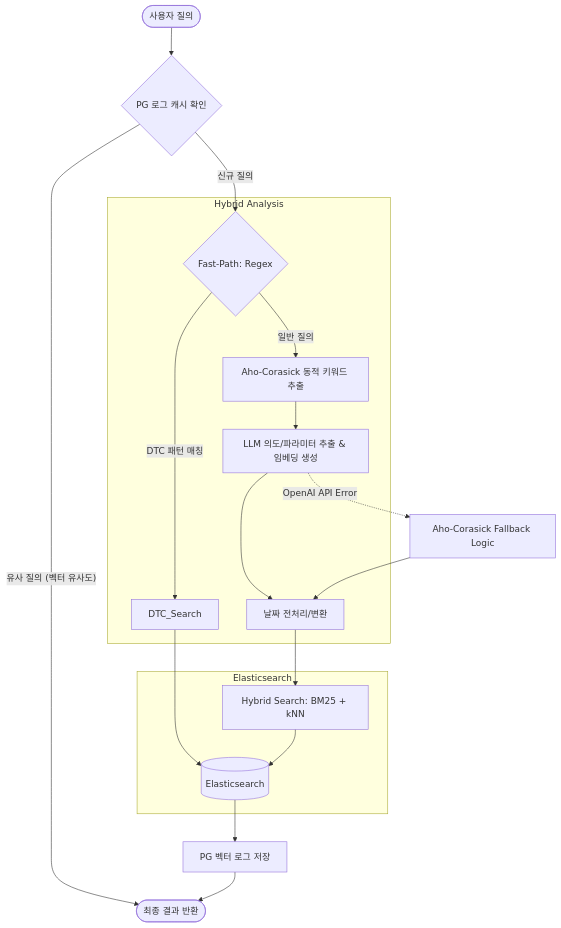
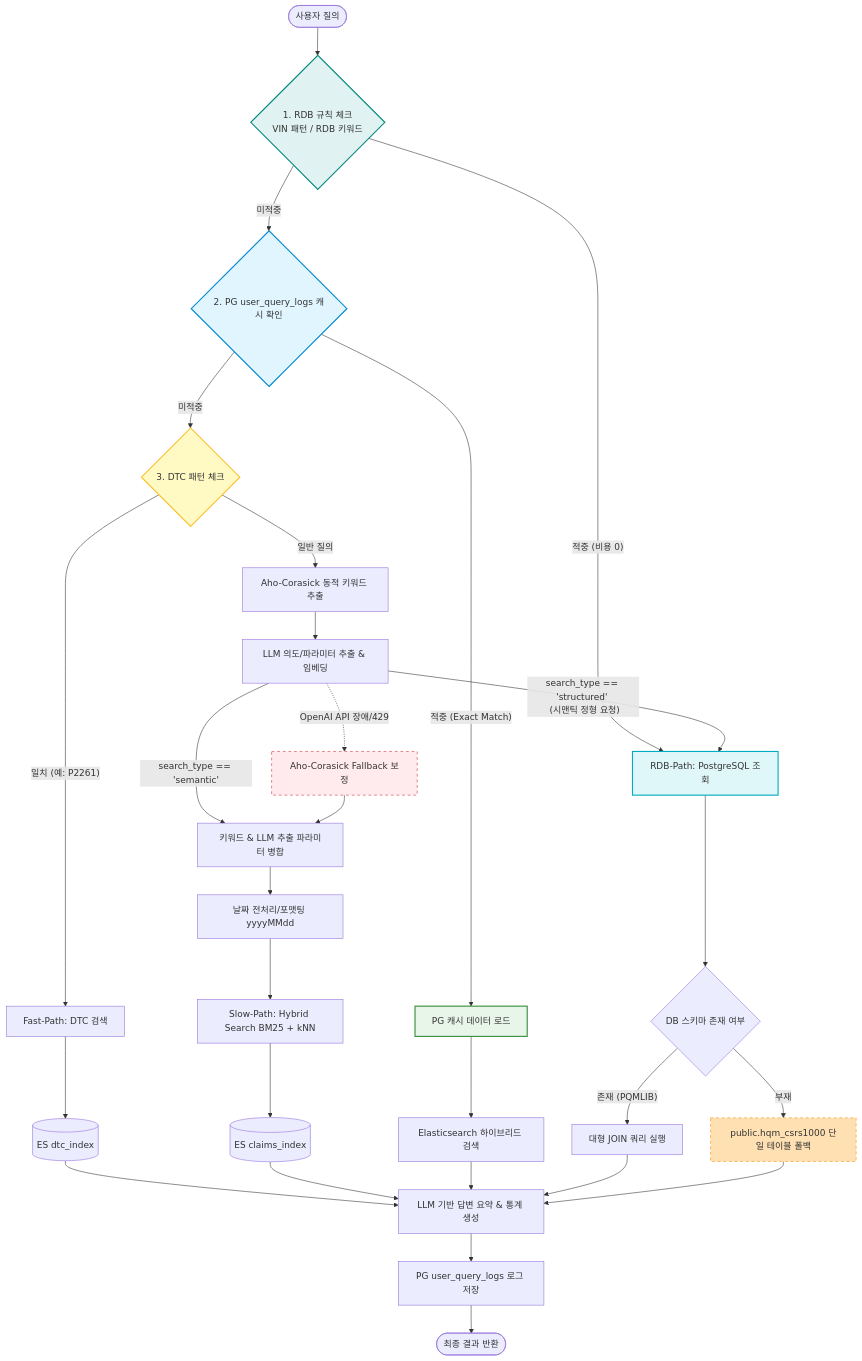
One commit to jaechul4444-commits/IntentAnalyzer0.0 changed the diagram in README.md. Above: the diagram before and after it, drawn with Mermaid. The commit also changed other lines of this file and 14 other files, not shown here.

````diff
--- a/README.md
+++ b/README.md
@@ -20,26 +31,61 @@
-:::mermaid
+```mermaid
 graph TD
-    User([사용자 질의]) --> Cache{PG 로그 캐시 확인}
-    Cache -- "유사 질의 (벡터 유사도)" --> Response
-    Cache -- "신규 질의" --> FastPath{Fast-Path: Regex}
+    User([사용자 질의]) --> RDBRule{1. RDB 규칙 체크<br>VIN 패턴 / RDB 키워드}
     
-    subgraph "Hybrid Analysis"
-        FastPath -- "DTC 패턴 매칭" --> DTC_Search
-        FastPath -- "일반 질의" --> AC_Match[Aho-Corasick 동적 키워드 추출]
-        AC_Match --> LLM_Extract[LLM 의도/파라미터 추출 & 임베딩 생성]
-        LLM_Extract --> Date_Parser[날짜 전처리/변환]
-    end
+    %% RDB Rule Match
+    RDBRule -- "적중 (비용 0)" --> RDB_Direct[RDB-Path: PostgreSQL 조회]
     
-    subgraph "Elasticsearch"
-        DTC_Search --> ES[(Elasticsearch)]
-        Date_Parser --> Hybrid_Search[Hybrid Search: BM25 + kNN]
-        Hybrid_Search --> ES
-    end
+    %% Cache Check
+    RDBRule -- "미적중" --> Cache{2. PG user_query_logs 캐시 확인}
     
-    ES --> Log_Save[PG 벡터 로그 저장]
-    Log_Save --> Response([최종 결과 반환])
+    %% Cache Hit Path
+    Cache -- "적중 (Exact Match)" --> Cache_Hit[PG 캐시 데이터 로드]
+    Cache_Hit --> ES_Cache_Query[Elasticsearch 하이브리드 검색]
+    
+    %% DTC Check
+    Cache -- "미적중" --> DTC_Check{3. DTC 패턴 체크}
+    DTC_Check -- "일치 (예: P2261)" --> DTC_Fast[Fast-Path: DTC 검색]
+    DTC_Fast --> ES_DTC[(ES dtc_index)]
+    
+    %% LLM & Fallback Path
+    DTC_Check -- "일반 질의" --> AC_Match[Aho-Corasick 동적 키워드 추출]
+    AC_Match --> LLM_Extract[LLM 의도/파라미터 추출 & 임베딩]
+    
+    %% LLM Structured Routing (Option C)
+    LLM_Extract -- "search_type == 'structured' <br> (시맨틱 정형 요청)" --> RDB_Direct
+    
+    %% ES Slow-Path
+    LLM_Extract -- "search_type == 'semantic'" --> Merge_Params[키워드 & LLM 추출 파라미터 병합]
     
     %% Fallback Logic
-    LLM_Extract -.->|OpenAI API Error| Fallback[Aho-Corasick Fallback Logic]
-    Fallback --> Date_Parser
-:::
+    LLM_Extract -.->|OpenAI API 장애/429| Fallback[Aho-Corasick Fallback 보정]
+    Fallback --> Merge_Params
+    
+    Merge_Params --> Date_Parser[날짜 전처리/포맷팅 yyyyMMdd]
+    Date_Parser --> ES_Hybrid[Slow-Path: Hybrid Search BM25 + kNN]
+    
+    ES_Hybrid --> ES_Claims[(ES claims_index)]
+    
+    %% RDB Query Execution with Fallback
+    RDB_Direct --> RDBSchemas{DB 스키마 존재 여부}
+    RDBSchemas -- "존재 (PQMLIB)" --> RDB_Complex[대형 JOIN 쿼리 실행]
+    RDBSchemas -- "부재" --> RDB_Fallback[public.hqm_csrs1000 단일 테이블 폴백]
+    
+    %% Final Answer Summarization
+    ES_DTC --> Final_Summary[LLM 기반 답변 요약 & 통계 생성]
+    ES_Claims --> Final_Summary
+    ES_Cache_Query --> Final_Summary
+    RDB_Complex --> Final_Summary
+    RDB_Fallback --> Final_Summary
+    
+    Final_Summary --> PG_Log[PG user_query_logs 로그 저장]
+    PG_Log --> Response([최종 결과 반환])
+    
+    style RDBRule fill:#e0f2f1,stroke:#00897b,stroke-width:2px
+    style RDB_Direct fill:#e0f7fa,stroke:#00acc1,stroke-width:2px
+    style RDB_Fallback fill:#ffe0b2,stroke:#fb8c00,stroke-dasharray: 5 5
+    style Cache fill:#e1f5fe,stroke:#0288d1,stroke-width:2px
+    style Cache_Hit fill:#e8f5e9,stroke:#388e3c,stroke-width:2px
+    style DTC_Check fill:#fff9c4,stroke:#fbc02d,stroke-width:2px
+    style Fallback fill:#ffebee,stroke:#d32f2f,stroke-dasharray: 5 5
+```
````
